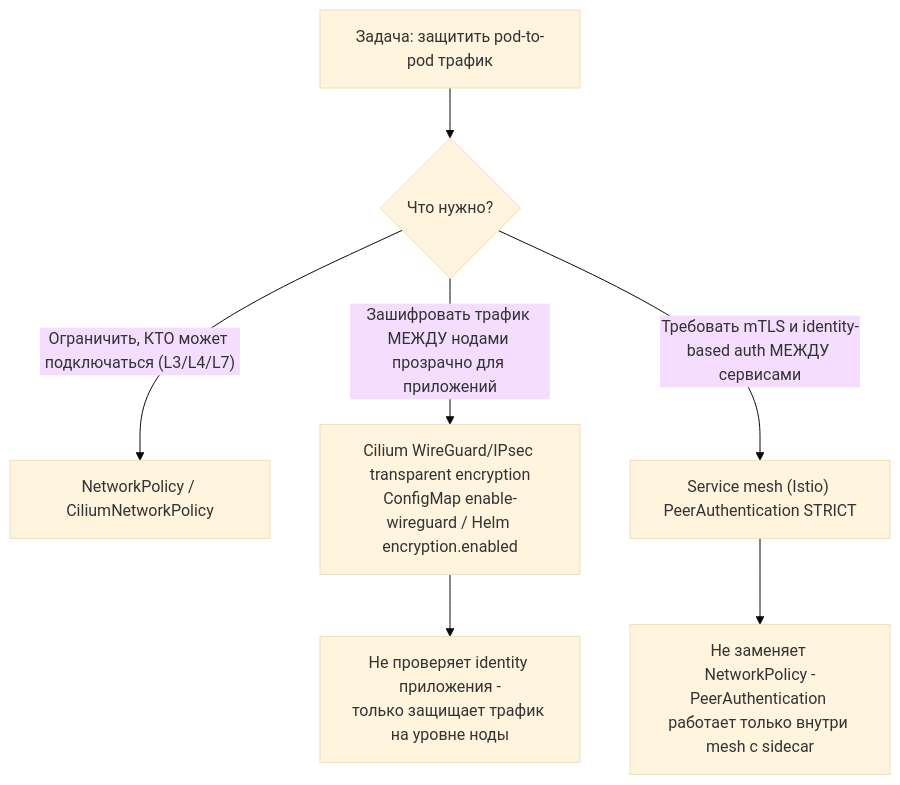
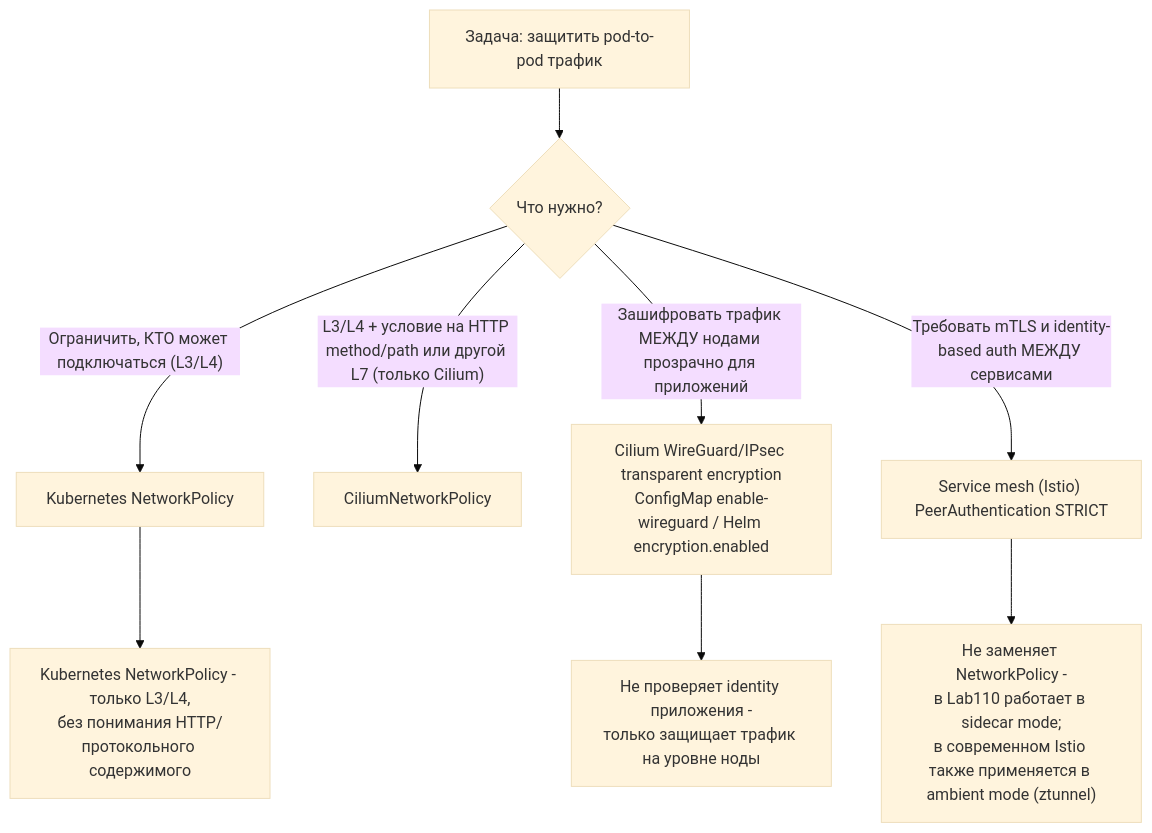
One commit to ViktorUJ/cks changed the second of 4 diagrams in tasks/cks/course/CHEATSHEET_RU.md. Above: the diagram before and after it, drawn with Mermaid (base theme). The commit also changed other lines of this file and 275 other files, not shown here.

````diff
--- a/tasks/cks/course/CHEATSHEET_RU.md
+++ b/tasks/cks/course/CHEATSHEET_RU.md
@@ -41,9 +42,11 @@
 ```mermaid
 flowchart TD
     A["Задача: защитить pod-to-pod трафик"] --> B{"Что нужно?"}
-    B -->|"Ограничить, КТО может подключаться (L3/L4/L7)"| C["NetworkPolicy / CiliumNetworkPolicy"]
+    B -->|"Ограничить, КТО может подключаться (L3/L4)"| C["Kubernetes NetworkPolicy"]
+    B -->|"L3/L4 + условие на HTTP method/path или другой L7 (только Cilium)"| C2["CiliumNetworkPolicy"]
     B -->|"Зашифровать трафик МЕЖДУ нодами прозрачно для приложений"| D["Cilium WireGuard/IPsec transparent encryption<br/>ConfigMap enable-wireguard / Helm encryption.enabled"]
     B -->|"Требовать mTLS и identity-based auth МЕЖДУ сервисами"| E["Service mesh (Istio) PeerAuthentication STRICT"]
+    C --> C3["Kubernetes NetworkPolicy - только L3/L4,<br/>без понимания HTTP/протокольного содержимого"]
     D --> F["Не проверяет identity приложения -<br/>только защищает трафик на уровне ноды"]
-    E --> G["Не заменяет NetworkPolicy -<br/>PeerAuthentication работает только внутри mesh с sidecar"]
+    E --> G["Не заменяет NetworkPolicy -<br/>в Lab110 работает в sidecar mode;<br/>в современном Istio также применяется в ambient mode (ztunnel)"]
 ```
````
